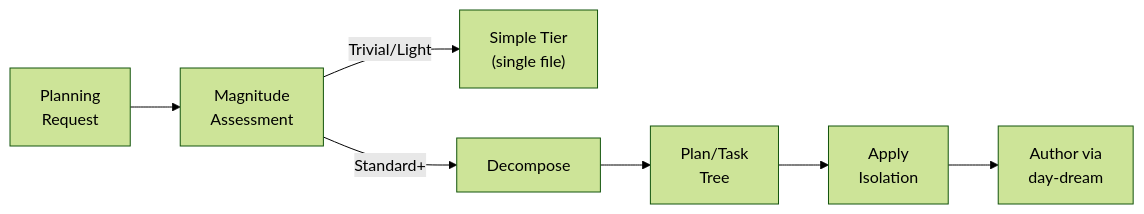
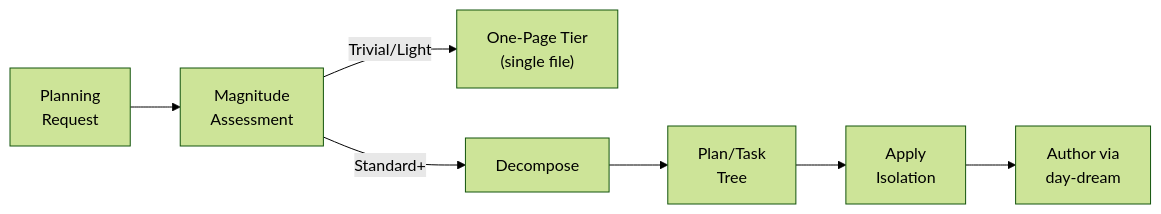
The second of 2 diagrams in .agent_plan/day_dream/blueprint/06_feature_dream_planning_skill.md (AI-Driven-Highspeed-Development/adhd_framework_v3), drawn with Mermaid (forest theme) before and after one commit. The commit also changed other lines of this file and 12 other files, not shown here.

Commit message:
Refactor DREAM documentation: Rename "Simple Tier" to "One-Page Tier" across multiple files, update related descriptions, and adjust tier selection criteria. Enhance clarity in plan type detection and template catalog. Update skills index and manifest with new timestamps and descriptions.

````diff
--- a/.agent_plan/day_dream/blueprint/06_feature_dream_planning_skill.md
+++ b/.agent_plan/day_dream/blueprint/06_feature_dream_planning_skill.md
@@ -124,9 +124,9 @@
 ```mermaid
 flowchart LR
     REQ["Planning<br/>Request"] --> MAG["Magnitude<br/>Assessment"]
-    MAG -->|"Trivial/Light"| SIMPLE["Simple Tier<br/>(single file)"]
+    MAG -->|"Trivial/Light"| ONEPAGE["One-Page Tier<br/>(single file)"]
     MAG -->|"Standard+"| DECOMP["Decompose"]
     DECOMP --> TREE["Plan/Task<br/>Tree"]
     TREE --> ISO["Apply<br/>Isolation"]
     ISO --> AUTH["Author via<br/>day-dream"]
 ```
````
